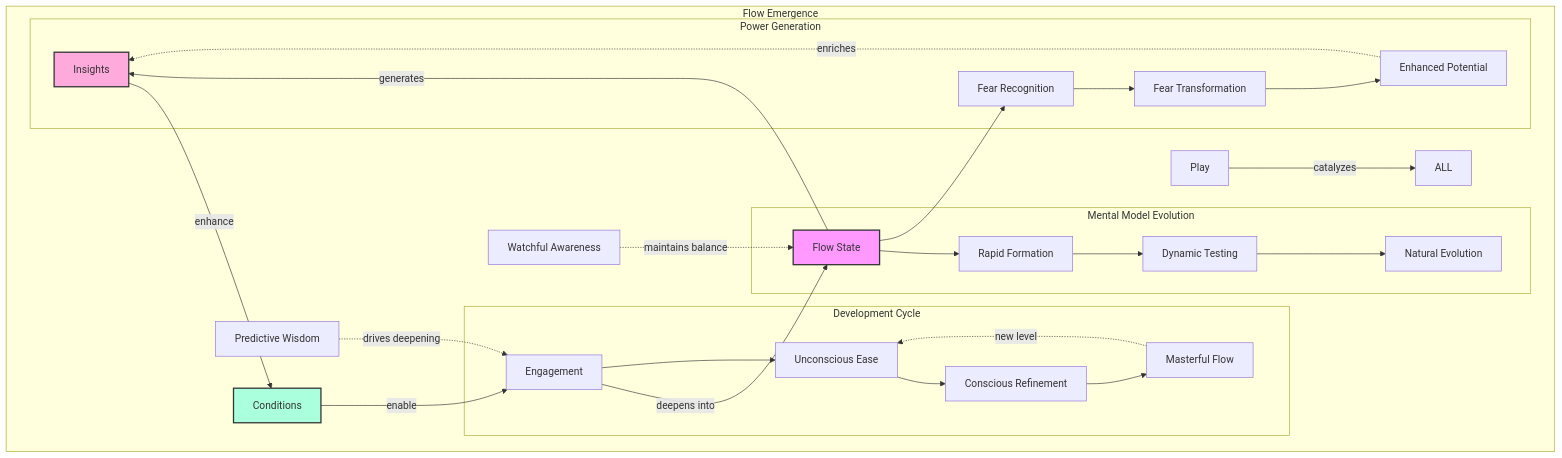
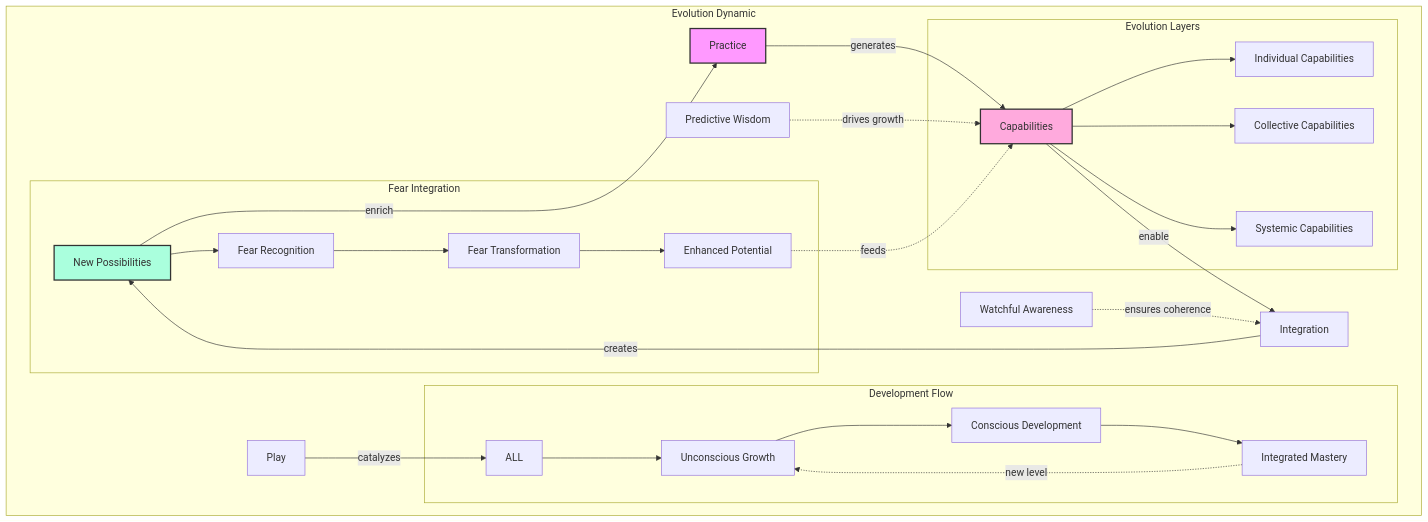
One commit to phillipclapham/neuroweaver changed diagram 24 of 48 in README.md. Above: the diagram before and after it, drawn with Mermaid. The commit also changed other lines of this file and 1 other file, not shown here.

````diff
--- a/README.md
+++ b/README.md
@@ -1160,37 +1510,37 @@
 ```mermaid
 graph TD
-    subgraph "Flow Emergence"
-        C[Conditions] -->|enable| E[Engagement]
-        E -->|deepens into| F[Flow State]
-        F -->|generates| I[Insights]
-        I -->|enhance| C
+    subgraph "Evolution Dynamic"
+        P[Practice] -->|generates| C[Capabilities]
+        C -->|enable| I[Integration]
+        I -->|creates| N[New Possibilities]
+        N -->|enrich| P
 
-        PW[Predictive Wisdom] -.->|drives deepening| E
-        WA[Watchful Awareness] -.->|maintains balance| F
+        PW[Predictive Wisdom] -.->|drives growth| C
+        WA[Watchful Awareness] -.->|ensures coherence| I
         Play[Play] -->|catalyzes| ALL
 
-        subgraph "Mental Model Evolution"
-            F --> MM1[Rapid Formation]
-            MM1 --> MM2[Dynamic Testing]
-            MM2 --> MM3[Natural Evolution]
+        subgraph "Evolution Layers"
+            C --> IC[Individual Capabilities]
+            C --> CC[Collective Capabilities]
+            C --> SC[Systemic Capabilities]
         end
 
-        subgraph "Development Cycle"
-            E --> U[Unconscious Ease]
-            U --> C1[Conscious Refinement]
-            C1 --> M[Masterful Flow]
-            M -.->|new level| U
+        subgraph "Development Flow"
+            ALL --> U[Unconscious Growth]
+            U --> CD[Conscious Development]
+            CD --> IM[Integrated Mastery]
+            IM -.->|new level| U
         end
 
-        subgraph "Power Generation"
-            F --> FR[Fear Recognition]
+        subgraph "Fear Integration"
+            N --> FR[Fear Recognition]
             FR --> FT[Fear Transformation]
             FT --> EP[Enhanced Potential]
-            EP -.->|enriches| I
+            EP -.->|feeds| C
         end
     end
 
-    style F fill:#f9f,stroke:#333,stroke-width:2px
-    style I fill:#fad,stroke:#333,stroke-width:2px
-    style C fill:#afd,stroke:#333,stroke-width:2px
+    style P fill:#f9f,stroke:#333,stroke-width:2px
+    style C fill:#fad,stroke:#333,stroke-width:2px
+    style N fill:#afd,stroke:#333,stroke-width:2px
 ```
````
